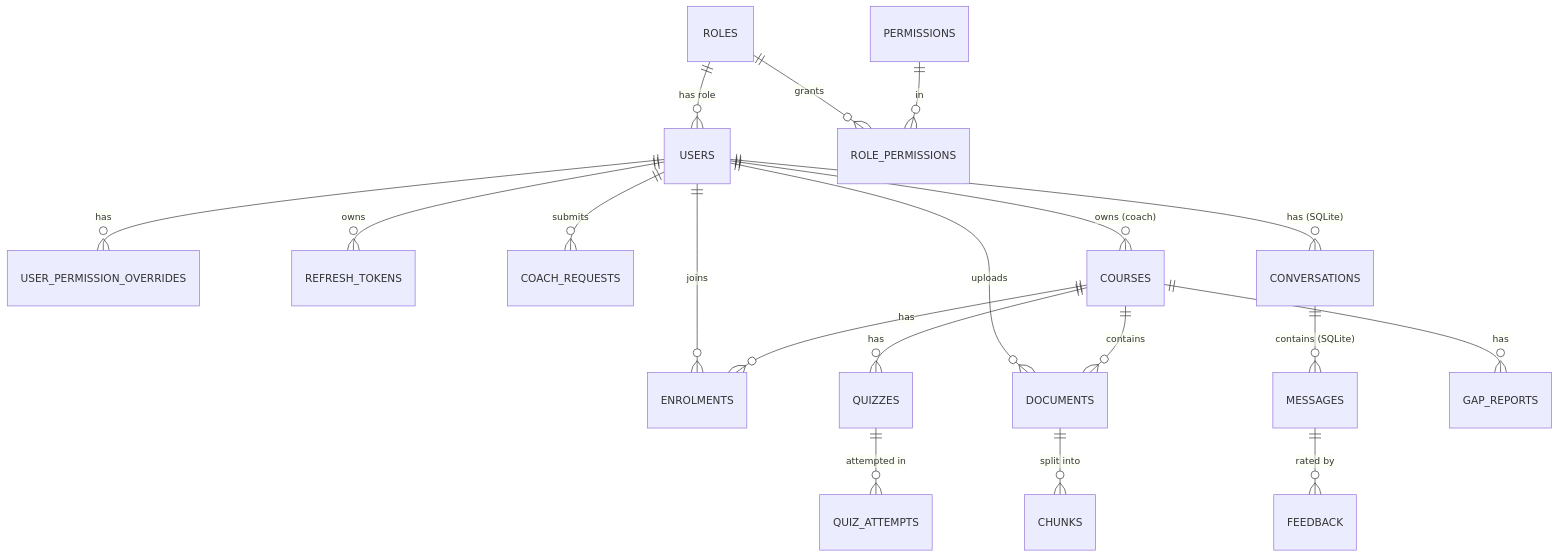
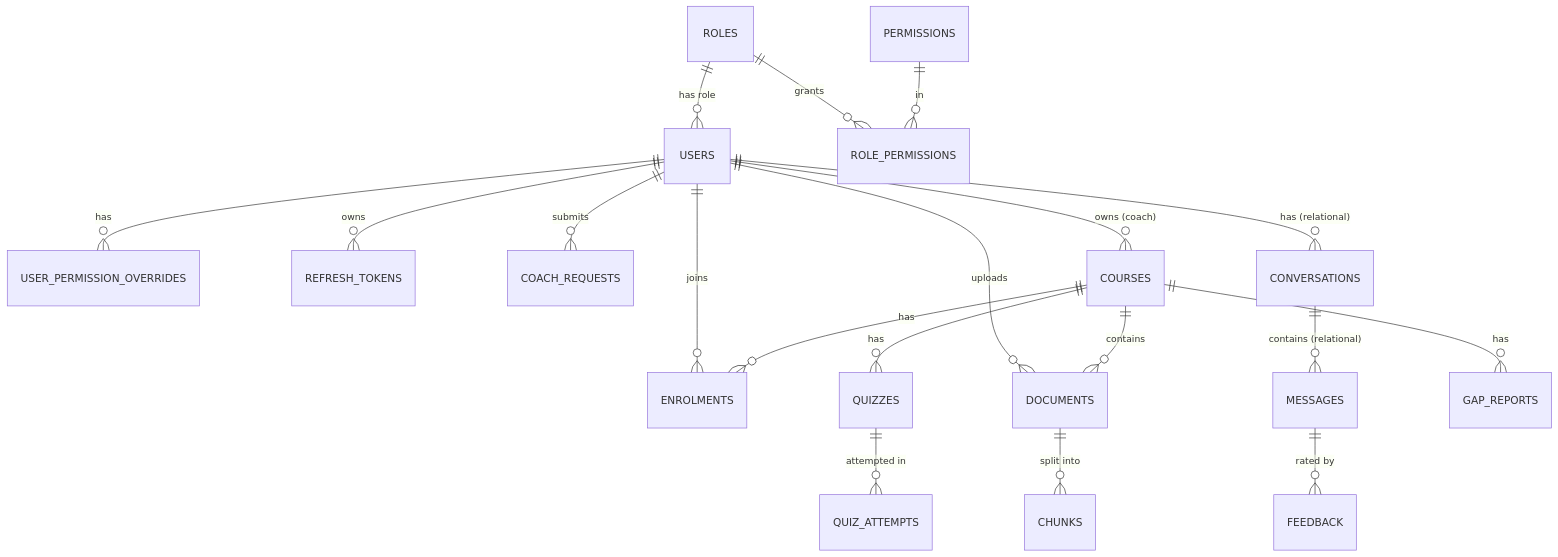
Before and after one commit to Nkululeko-data/ai-learning-assistant: the diagram in docs/architecture/Database-Design.md, drawn with Mermaid. The commit also changed other lines of this file and 86 other files, not shown here.

````diff
--- a/docs/architecture/Database-Design.md
+++ b/docs/architecture/Database-Design.md
@@ -47,21 +49,21 @@
 ```mermaid
 erDiagram
   ROLES ||--o{ USERS : "has role"
   USERS ||--o{ USER_PERMISSION_OVERRIDES : "has"
   PERMISSIONS ||--o{ ROLE_PERMISSIONS : "in"
   ROLES ||--o{ ROLE_PERMISSIONS : "grants"
   USERS ||--o{ REFRESH_TOKENS : "owns"
   USERS ||--o{ COACH_REQUESTS : "submits"
   USERS ||--o{ COURSES : "owns (coach)"
   COURSES ||--o{ ENROLMENTS : "has"
   USERS ||--o{ ENROLMENTS : "joins"
   COURSES ||--o{ DOCUMENTS : "contains"
   USERS ||--o{ DOCUMENTS : "uploads"
   DOCUMENTS ||--o{ CHUNKS : "split into"
   COURSES ||--o{ QUIZZES : "has"
   QUIZZES ||--o{ QUIZ_ATTEMPTS : "attempted in"
-  USERS ||--o{ CONVERSATIONS : "has (SQLite)"
-  CONVERSATIONS ||--o{ MESSAGES : "contains (SQLite)"
+  USERS ||--o{ CONVERSATIONS : "has (relational)"
+  CONVERSATIONS ||--o{ MESSAGES : "contains (relational)"
   MESSAGES ||--o{ FEEDBACK : "rated by"
   COURSES ||--o{ GAP_REPORTS : "has"
 ```
````
